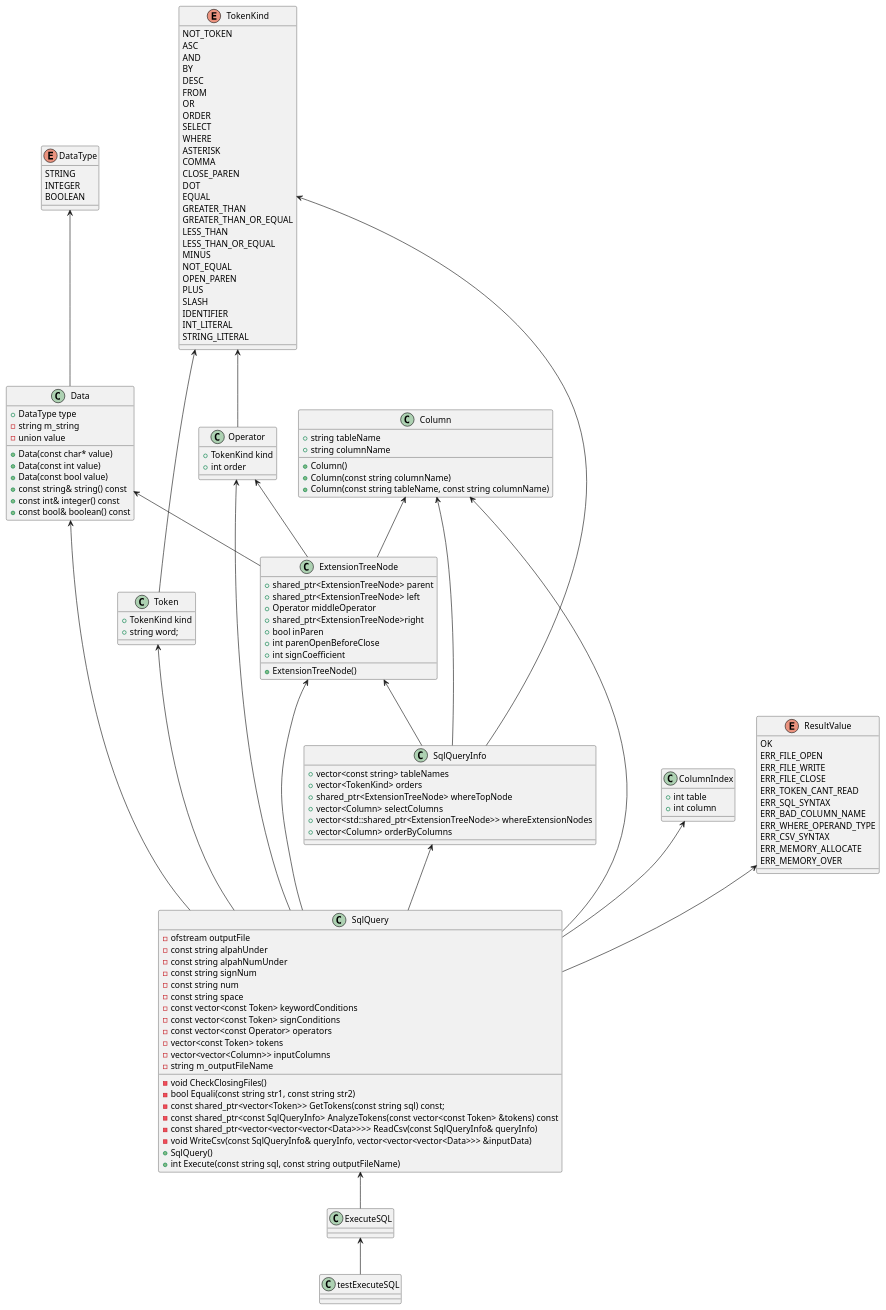
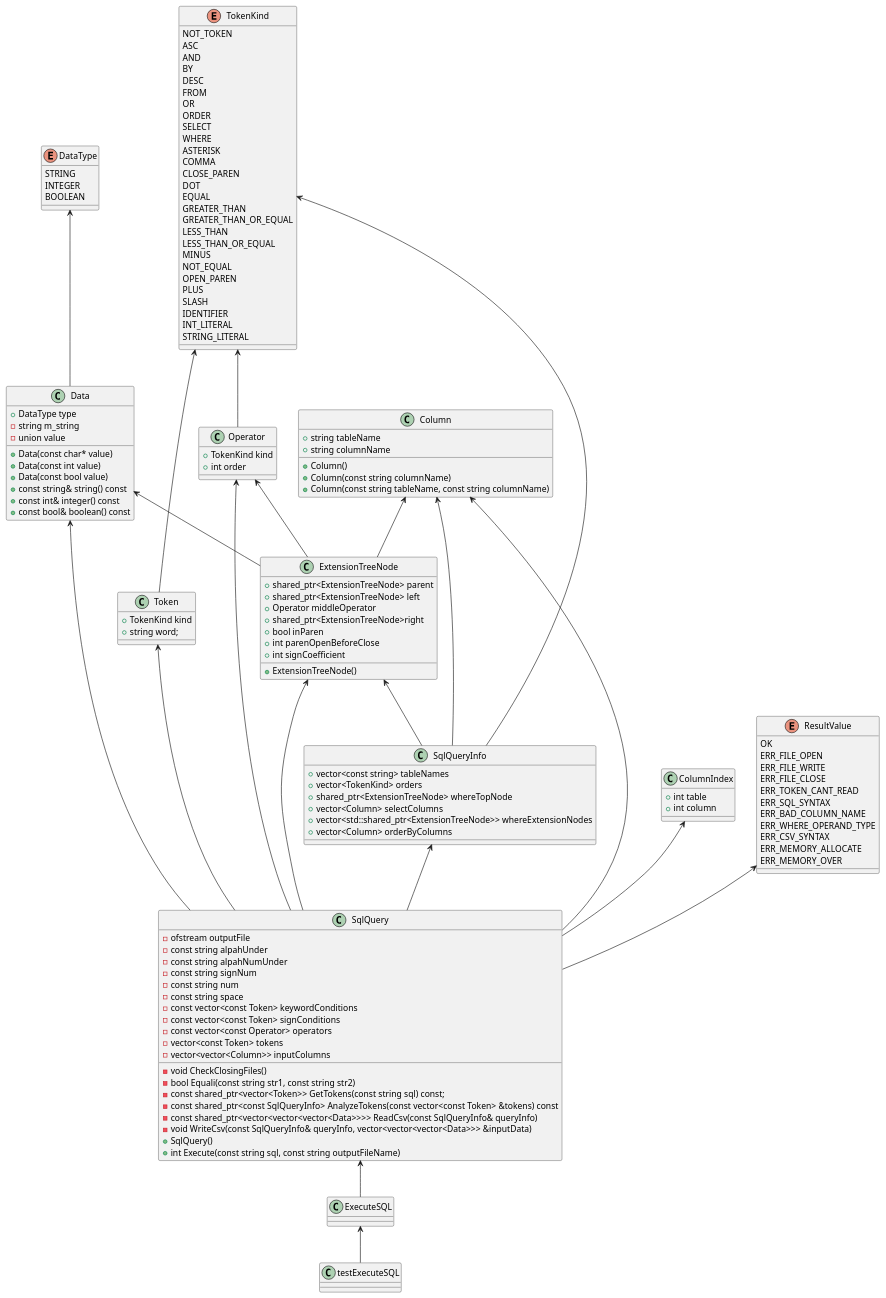
The diagram in ExecuteSQL.pu (yotten/TinySQL), drawn with PlantUML before and after one commit. The commit also changed 2 other files, not shown here.

```diff
--- a/ExecuteSQL.pu
+++ b/ExecuteSQL.pu
@@ -1,148 +1,147 @@
 @startuml
 
 class testExecuteSQL {}
 class SqlQueryInfo {
 	+vector<const string> tableNames
 	+vector<TokenKind> orders
 	+shared_ptr<ExtensionTreeNode> whereTopNode
 	+vector<Column> selectColumns
 	+vector<std::shared_ptr<ExtensionTreeNode>> whereExtensionNodes
 	+vector<Column> orderByColumns
 }
 class SqlQuery {
 	-ofstream outputFile
 	-const string alpahUnder
 	-const string alpahNumUnder
 	-const string signNum
 	-const string num
 	-const string space
 	-const vector<const Token> keywordConditions
 	-const vector<const Token> signConditions
 	-const vector<const Operator> operators
 	-vector<const Token> tokens
 	-vector<vector<Column>> inputColumns
 	-void CheckClosingFiles()
-	-string m_outputFileName
 	-bool Equali(const string str1, const string str2)
 	-const shared_ptr<vector<Token>> GetTokens(const string sql) const;
 	-const shared_ptr<const SqlQueryInfo> AnalyzeTokens(const vector<const Token> &tokens) const
 	-const shared_ptr<vector<vector<vector<Data>>>> ReadCsv(const SqlQueryInfo& queryInfo)
 	-void WriteCsv(const SqlQueryInfo& queryInfo, vector<vector<vector<Data>>> &inputData)
 	+SqlQuery()
 	+int Execute(const string sql, const string outputFileName)
 }
 class ExecuteSQL {
 	
 }
 
 class Data {
     +DataType type
 	-string m_string
 	-union value
 	+Data(const char* value)
 	+Data(const int value)
 	+Data(const bool value)
 	+const string& string() const
 	+const int& integer() const
 	+const bool& boolean() const
 }
 class Operator{
     +TokenKind kind
     +int order
 }
 class Token{
     +TokenKind kind
     +string word;
 }
 class ExtensionTreeNode{
 	+shared_ptr<ExtensionTreeNode> parent
 	+shared_ptr<ExtensionTreeNode> left
 	+Operator middleOperator
 	+shared_ptr<ExtensionTreeNode>right
 	+bool inParen
 	+int parenOpenBeforeClose
 	+int signCoefficient
 	+ExtensionTreeNode()
 }
 class ColumnIndex{
     +int table
     +int column
 }
 class Column{
     +string tableName
     +string columnName
     +Column()
     +Column(const string columnName)
     +Column(const string tableName, const string columnName)
 }
 enum DataType{
    	STRING
 	INTEGER
 	BOOLEAN
 }
 enum TokenKind{
     NOT_TOKEN
 	ASC
 	AND
 	BY
 	DESC
 	FROM
 	OR
 	ORDER
 	SELECT
 	WHERE
 	ASTERISK
 	COMMA
 	CLOSE_PAREN
 	DOT
 	EQUAL
 	GREATER_THAN
 	GREATER_THAN_OR_EQUAL
 	LESS_THAN
 	LESS_THAN_OR_EQUAL
 	MINUS
 	NOT_EQUAL
 	OPEN_PAREN
 	PLUS
 	SLASH
 	IDENTIFIER
 	INT_LITERAL
 	STRING_LITERAL
 }
 enum ResultValue{
     OK
 	ERR_FILE_OPEN
 	ERR_FILE_WRITE
 	ERR_FILE_CLOSE
 	ERR_TOKEN_CANT_READ
 	ERR_SQL_SYNTAX
 	ERR_BAD_COLUMN_NAME
 	ERR_WHERE_OPERAND_TYPE
 	ERR_CSV_SYNTAX
 	ERR_MEMORY_ALLOCATE
 	ERR_MEMORY_OVER
 }
 
 ExecuteSQL <-- testExecuteSQL
 SqlQuery <-- ExecuteSQL
 
 Data <-- SqlQuery
 Operator <-- SqlQuery
 Token <-- SqlQuery
 ExtensionTreeNode <-- SqlQuery
 ColumnIndex <-- SqlQuery
 Column <-- SqlQuery
 ResultValue <-- SqlQuery
 SqlQueryInfo <-- SqlQuery
 
 Column <-- SqlQueryInfo
 TokenKind <-- SqlQueryInfo
 ExtensionTreeNode <-- SqlQueryInfo
 
 DataType <-- Data
 TokenKind <-- Token
 TokenKind <-- Operator
 Operator <-- ExtensionTreeNode
 Column <-- ExtensionTreeNode
 Data <-- ExtensionTreeNode
 @enduml
```
